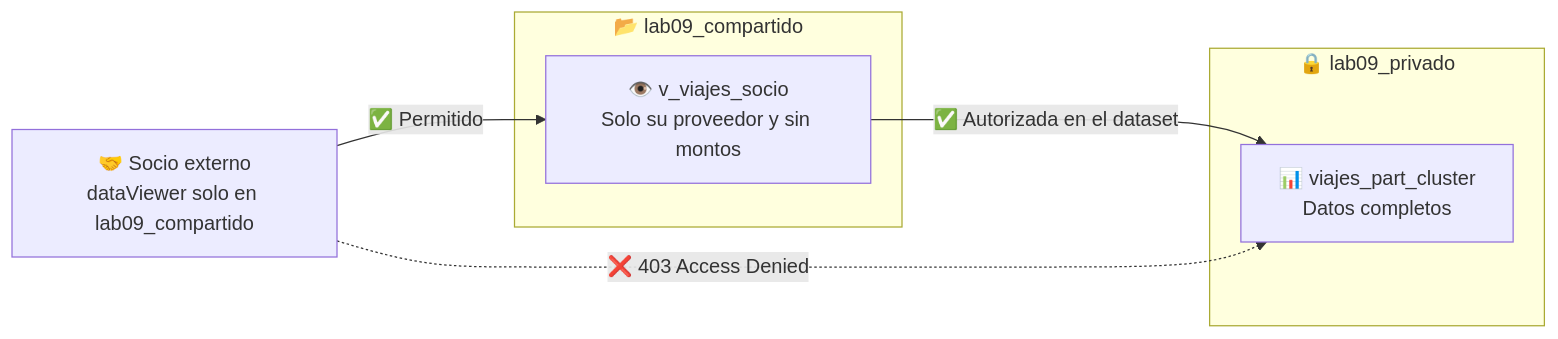
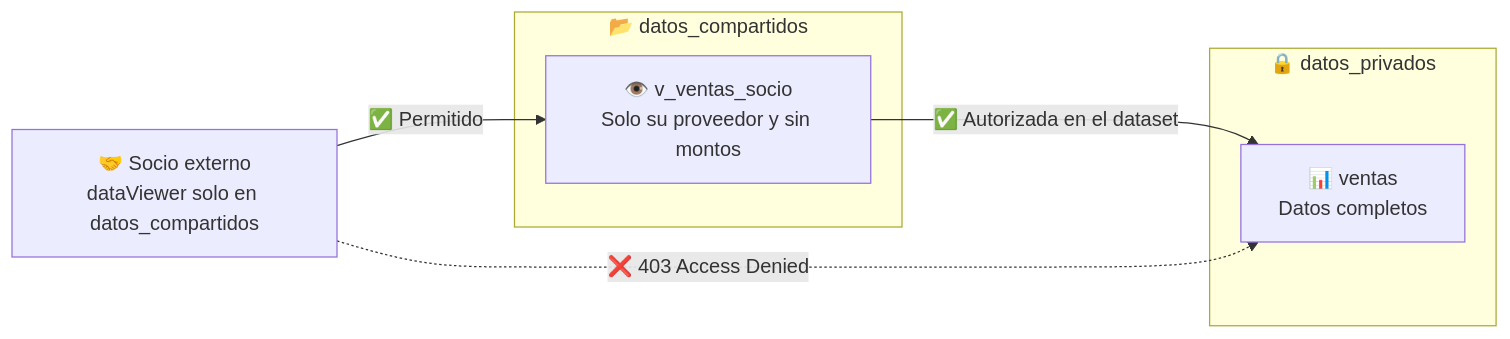
Before and after one commit to jggomez/workshop-GCP-Fundamentals: the fifth of 5 diagrams in 09-almacenamiento-analitico-bigquery/teoria.md, drawn with Mermaid. The commit also changed 2 other files, not shown here.

Commit message:
Quitar la vista autorizada del laboratorio 09
Elimina el paso 6 y los recursos que solo usaba (dataset compartido y
cuenta de servicio), renumera la vista materializada como paso 6 y ajusta
la duración a 75–80 minutos. La teoría conserva el concepto, con nombres
genéricos en su diagrama.

````diff
--- a/09-almacenamiento-analitico-bigquery/teoria.md
+++ b/09-almacenamiento-analitico-bigquery/teoria.md
@@ -276,16 +276,16 @@
 ```mermaid
 flowchart LR
-    Socio["🤝 Socio externo\ndataViewer solo en lab09_compartido"]
+    Socio["🤝 Socio externo\ndataViewer solo en datos_compartidos"]
 
-    subgraph Comp["📂 lab09_compartido"]
-        View["👁️ v_viajes_socio\nSolo su proveedor y sin montos"]
+    subgraph Comp["📂 datos_compartidos"]
+        View["👁️ v_ventas_socio\nSolo su proveedor y sin montos"]
     end
 
-    subgraph Priv["🔒 lab09_privado"]
-        Table["📊 viajes_part_cluster\nDatos completos"]
+    subgraph Priv["🔒 datos_privados"]
+        Table["📊 ventas\nDatos completos"]
     end
 
     Socio -->|"✅ Permitido"| View
     View -->|"✅ Autorizada en el dataset"| Table
     Socio -.->|"❌ 403 Access Denied"| Table
 ```
````
